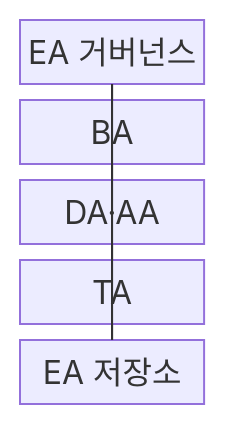
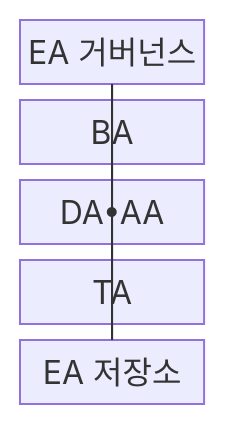
Before and after one commit to agnusdei1207/knowledge-base: the first of 2 diagrams in src/content/docs/notes/03-software/189_enterprise_architecture.md, drawn with Mermaid. The commit also changed other lines of this file and 953 other files, not shown here.

````diff
--- a/src/content/docs/notes/03-software/189_enterprise_architecture.md
+++ b/src/content/docs/notes/03-software/189_enterprise_architecture.md
@@ -67,15 +67,15 @@
 ```mermaid
 block
     columns 1
     A["EA 거버넌스"]
     B["BA"]
-    C["DA·AA"]
+    C["DA•AA"]
     D["TA"]
     E["EA 저장소"]
     A --- B
     A --- C
     A --- D
     B --- E
     C --- E
     D --- E
 ```
````
